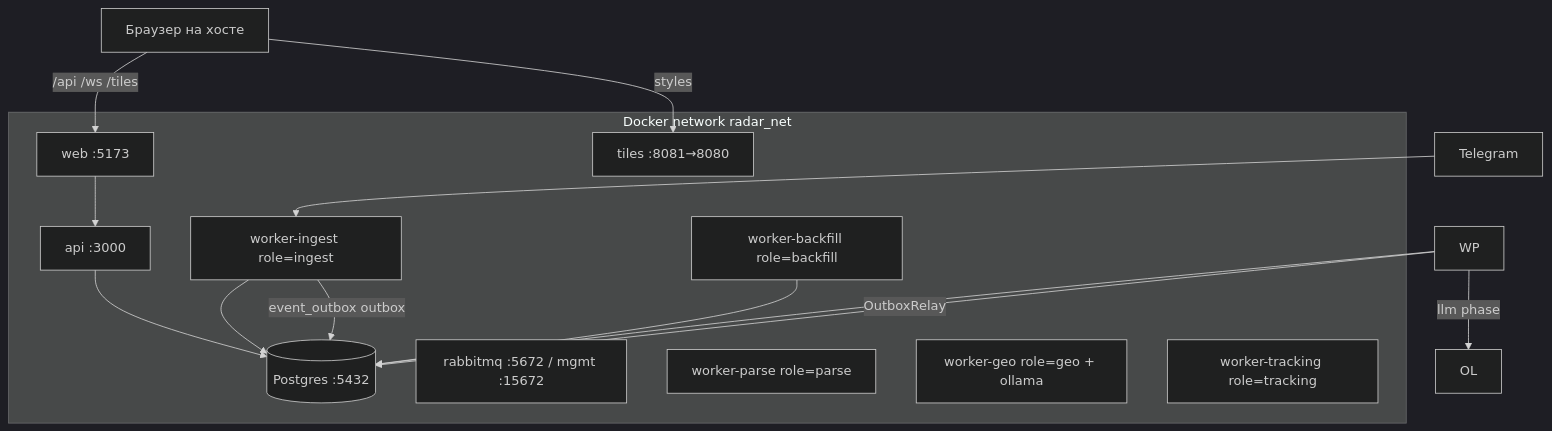
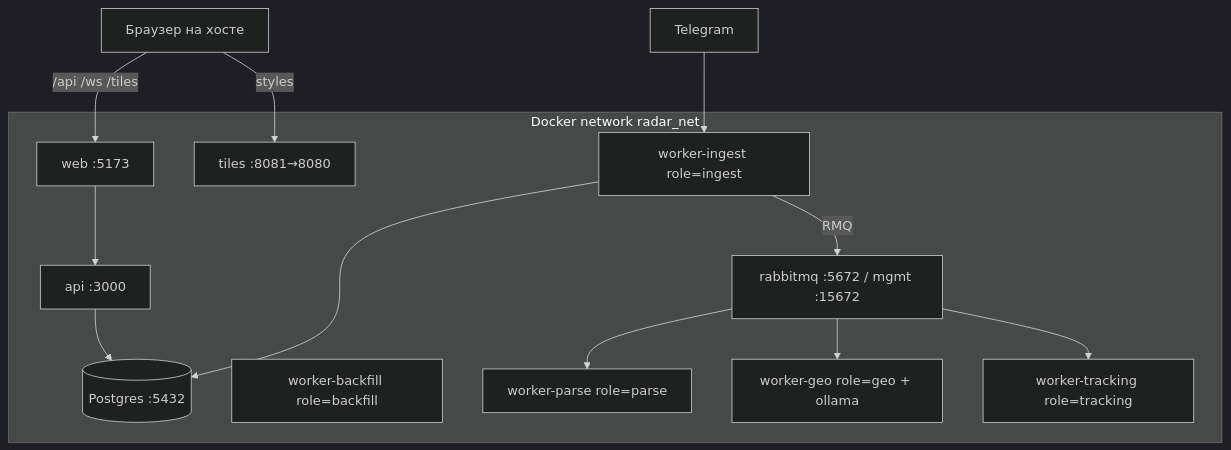
One commit to exclusiveLogin/radar changed the diagram in docs/docker-dev-stack.md. Above: the diagram before and after it, drawn with Mermaid (dark theme). The commit also changed other lines of this file and 14 other files, not shown here.

````diff
--- a/docs/docker-dev-stack.md
+++ b/docs/docker-dev-stack.md
@@ -49,29 +45,28 @@
 ```mermaid
 flowchart TB
   subgraph docker [Docker network radar_net]
     DB[(Postgres :5432)]
     RMQ[rabbitmq :5672 / mgmt :15672]
     API[api :3000]
     WEB[web :5173]
     WI[worker-ingest role=ingest]
     WB[worker-backfill role=backfill]
     WParse[worker-parse role=parse]
     WGeo[worker-geo role=geo + ollama]
     WTrack[worker-tracking role=tracking]
     TS[tiles :8081→8080]
   end
   Browser[Браузер на хосте]
   TG[Telegram]
 
   Browser -->|/api /ws /tiles| WEB
   WEB --> API
-  WI --> DB
-  WB --> DB
-  WP --> DB
-  WP -->|llm phase| OL
   API --> DB
   TG --> WI
-  WI -->|event_outbox outbox| DB
-  WP -->|OutboxRelay| DB
+  WI --> DB
+  WI -->|RMQ| RMQ
+  RMQ --> WParse
+  RMQ --> WGeo
+  RMQ --> WTrack
   Browser -->|styles| TS
 ```
````
